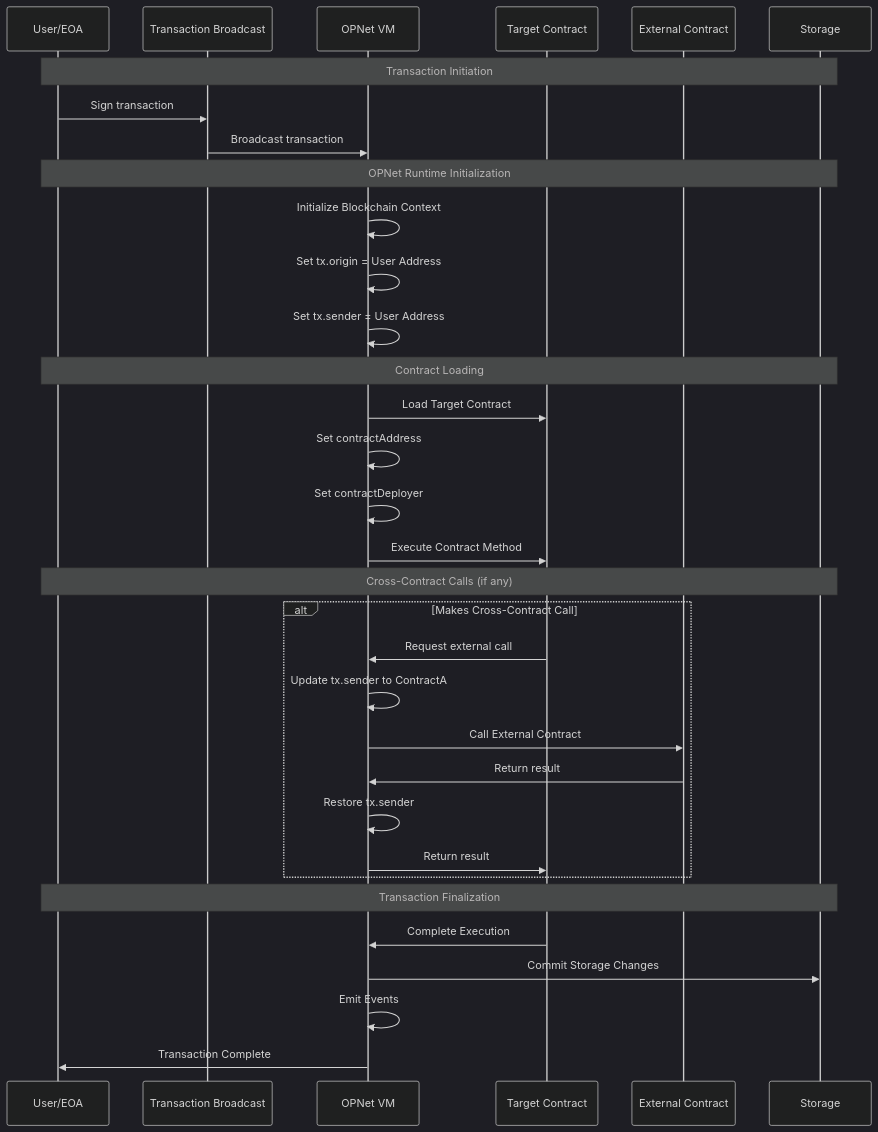
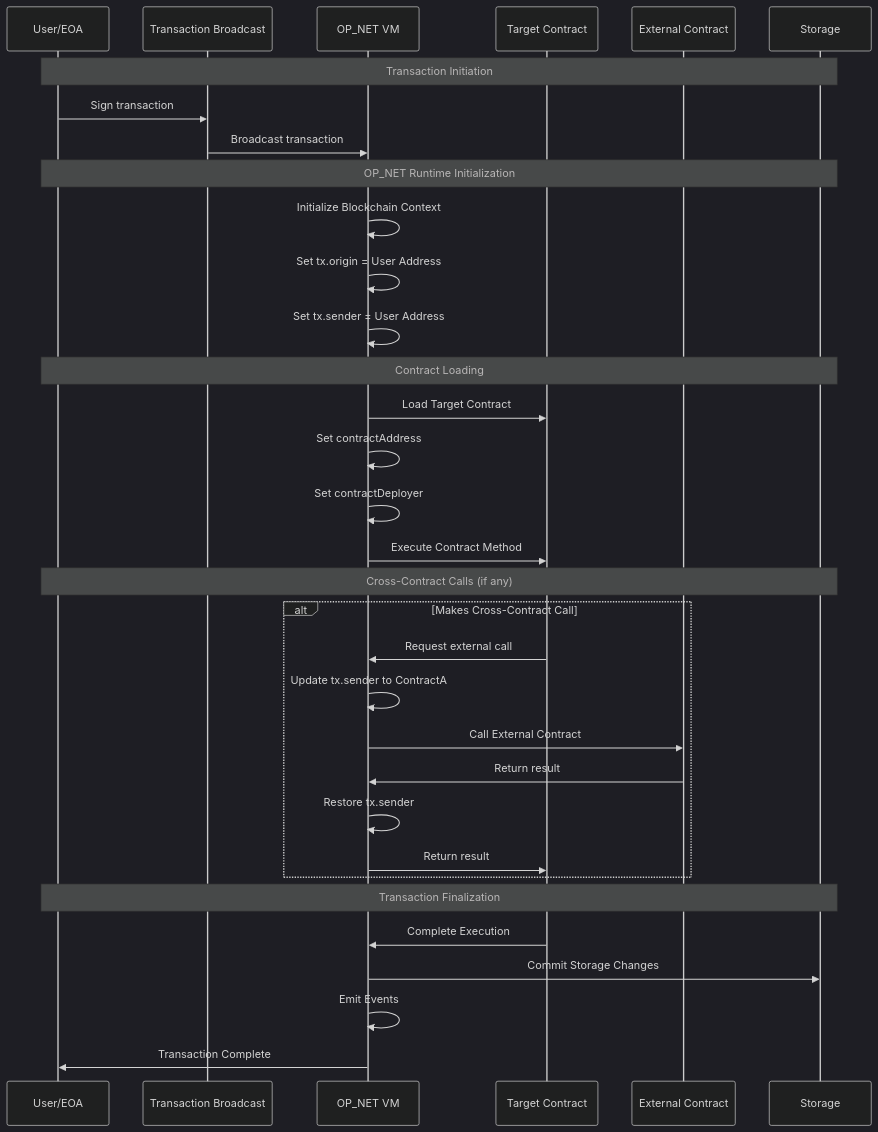
Before and after one commit to btc-vision/btc-runtime: the third of 7 diagrams in docs/core-concepts/blockchain-environment.md, drawn with Mermaid. The commit also changed other lines of this file and 46 other files, not shown here.

Commit message:
Change OPNet to OP_NET

````diff
--- a/docs/core-concepts/blockchain-environment.md
+++ b/docs/core-concepts/blockchain-environment.md
@@ -152,44 +152,44 @@
 ```mermaid
 ---
 config:
   theme: dark
 ---
 sequenceDiagram
     participant User as User/EOA
     participant TX as Transaction Broadcast
-    participant VM as OPNet VM
+    participant VM as OP_NET VM
     participant ContractA as Target Contract
     participant ContractB as External Contract
     participant Storage as Storage
 
     Note over User,Storage: Transaction Initiation
     User->>TX: Sign transaction
     TX->>VM: Broadcast transaction
 
-    Note over User,Storage: OPNet Runtime Initialization
+    Note over User,Storage: OP_NET Runtime Initialization
     VM->>VM: Initialize Blockchain Context
     VM->>VM: Set tx.origin = User Address
     VM->>VM: Set tx.sender = User Address
 
     Note over User,Storage: Contract Loading
     VM->>ContractA: Load Target Contract
     VM->>VM: Set contractAddress
     VM->>VM: Set contractDeployer
     VM->>ContractA: Execute Contract Method
 
     Note over User,Storage: Cross-Contract Calls (if any)
     alt Makes Cross-Contract Call
         ContractA->>VM: Request external call
         VM->>VM: Update tx.sender to ContractA
         VM->>ContractB: Call External Contract
         ContractB->>VM: Return result
         VM->>VM: Restore tx.sender
         VM->>ContractA: Return result
     end
 
     Note over User,Storage: Transaction Finalization
     ContractA->>VM: Complete Execution
     VM->>Storage: Commit Storage Changes
     VM->>VM: Emit Events
     VM->>User: Transaction Complete
 ```
````
